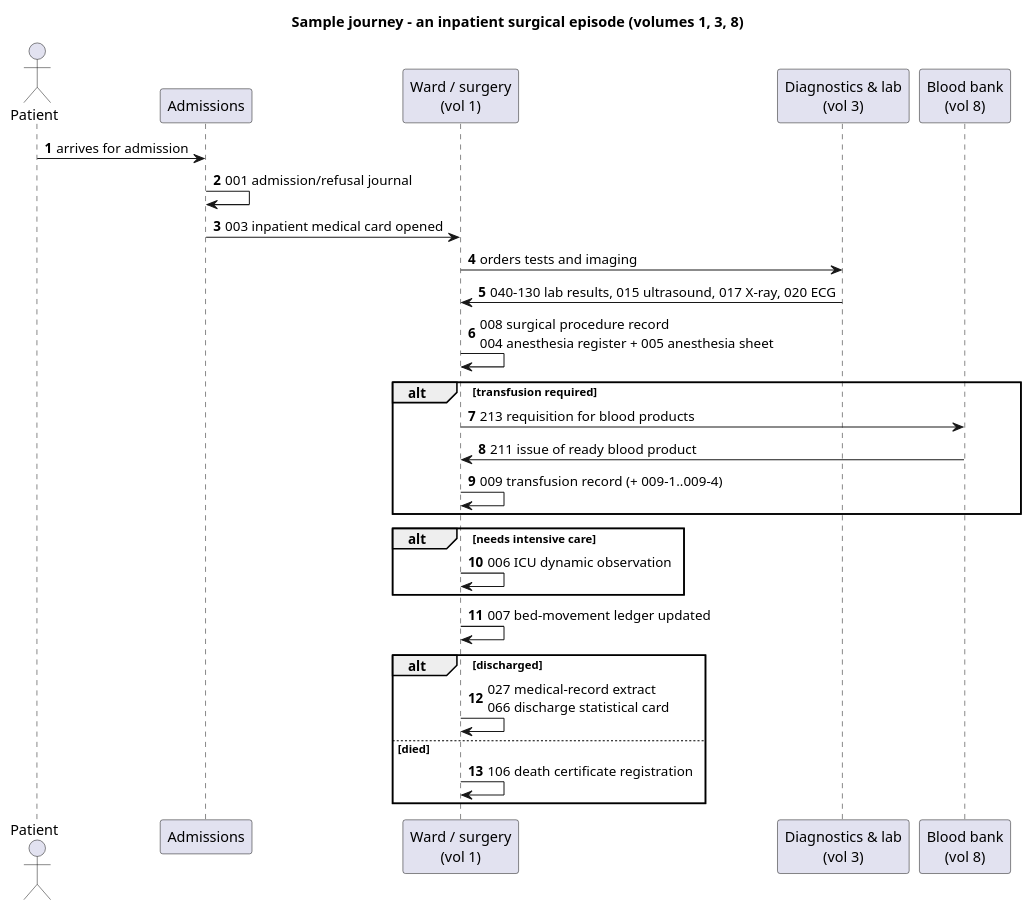
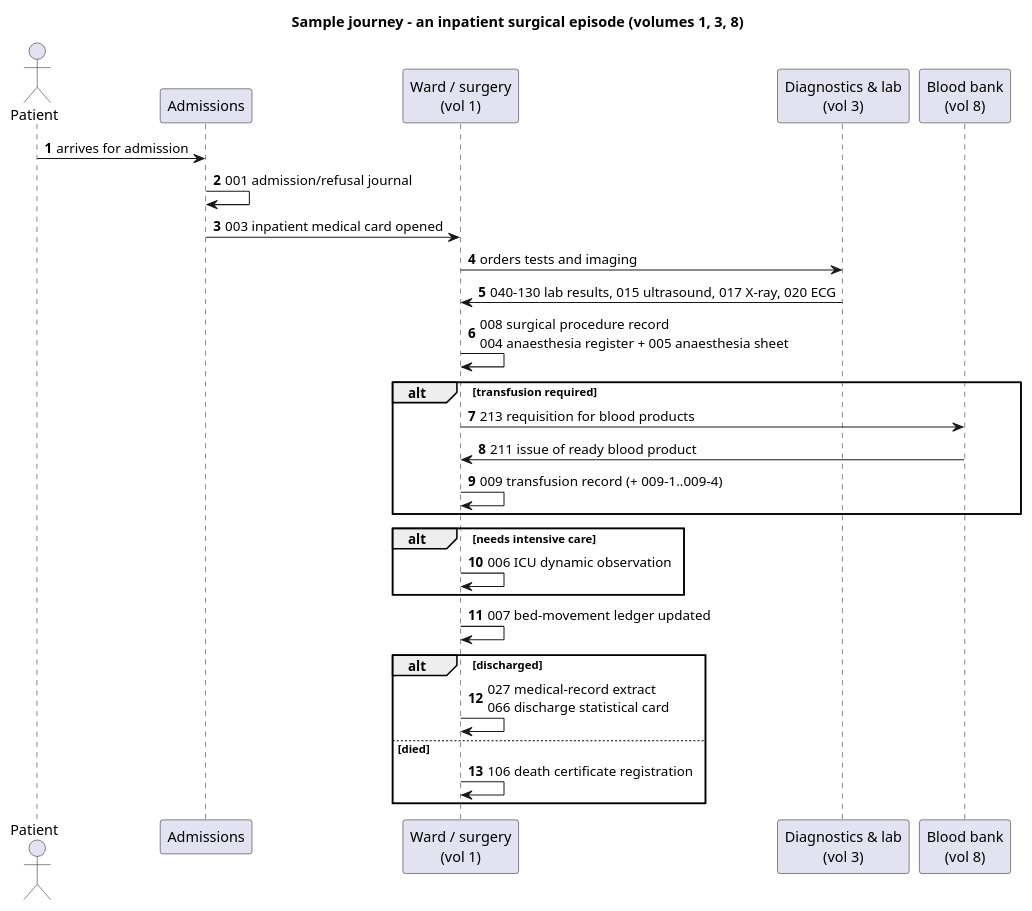
Before and after one commit to uzinfocom-org/digital-health-integration: the diagram in input/images-source/forms-journey-inpatient.plantuml, drawn with PlantUML. The commit also changed 6 other files, not shown here.

```diff
--- a/input/images-source/forms-journey-inpatient.plantuml
+++ b/input/images-source/forms-journey-inpatient.plantuml
@@ -1,34 +1,34 @@
 @startuml forms-journey-inpatient
 title Sample journey - an inpatient surgical episode (volumes 1, 3, 8)
 autonumber
 
 actor Patient as P
 participant "Admissions" as ADM
 participant "Ward / surgery\n(vol 1)" as WARD
 participant "Diagnostics & lab\n(vol 3)" as DX
 participant "Blood bank\n(vol 8)" as BB
 
 P -> ADM : arrives for admission
 ADM -> ADM : 001 admission/refusal journal
 ADM -> WARD : 003 inpatient medical card opened
 WARD -> DX : orders tests and imaging
 DX -> WARD : 040-130 lab results, 015 ultrasound, 017 X-ray, 020 ECG
-WARD -> WARD : 008 surgical procedure record\n004 anesthesia register + 005 anesthesia sheet
+WARD -> WARD : 008 surgical procedure record\n004 anaesthesia register + 005 anaesthesia sheet
 
 alt transfusion required
   WARD -> BB : 213 requisition for blood products
   BB -> WARD : 211 issue of ready blood product
   WARD -> WARD : 009 transfusion record (+ 009-1..009-4)
 end
 
 alt needs intensive care
   WARD -> WARD : 006 ICU dynamic observation
 end
 
 WARD -> WARD : 007 bed-movement ledger updated
 alt discharged
   WARD -> WARD : 027 medical-record extract\n066 discharge statistical card
 else died
   WARD -> WARD : 106 death certificate registration
 end
 @enduml
```
